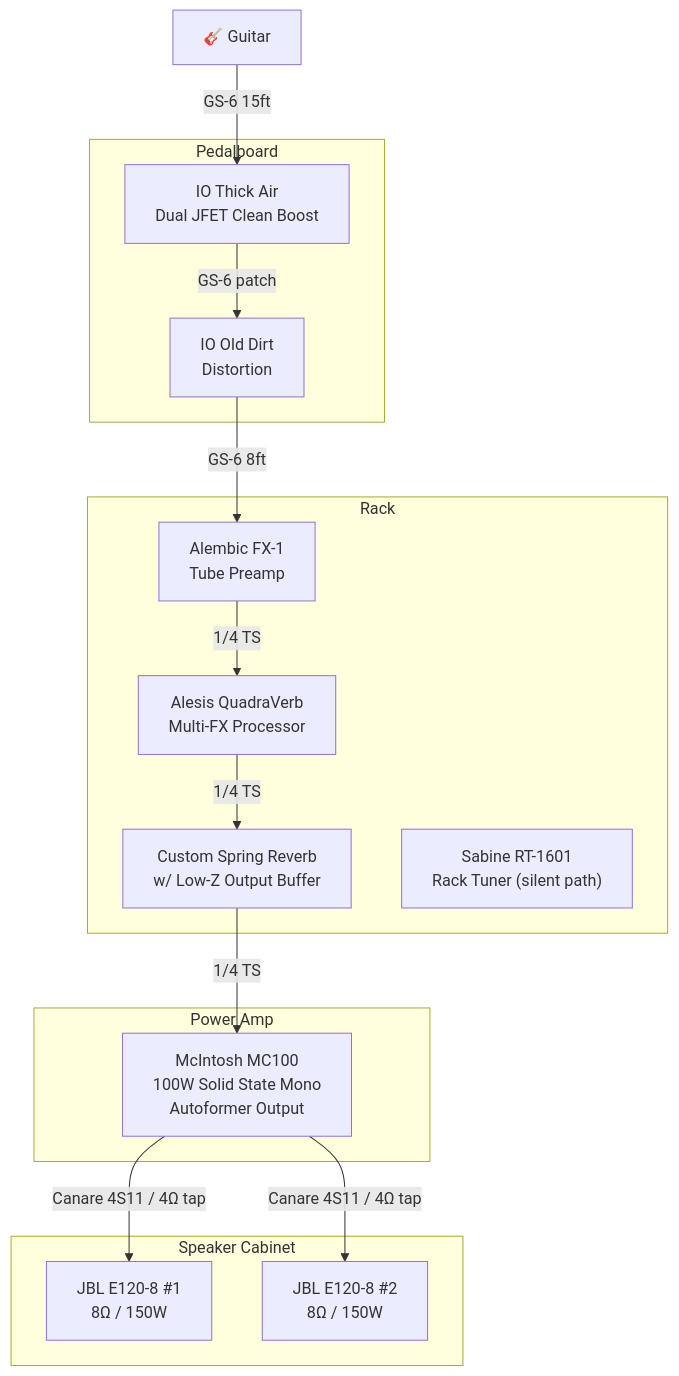
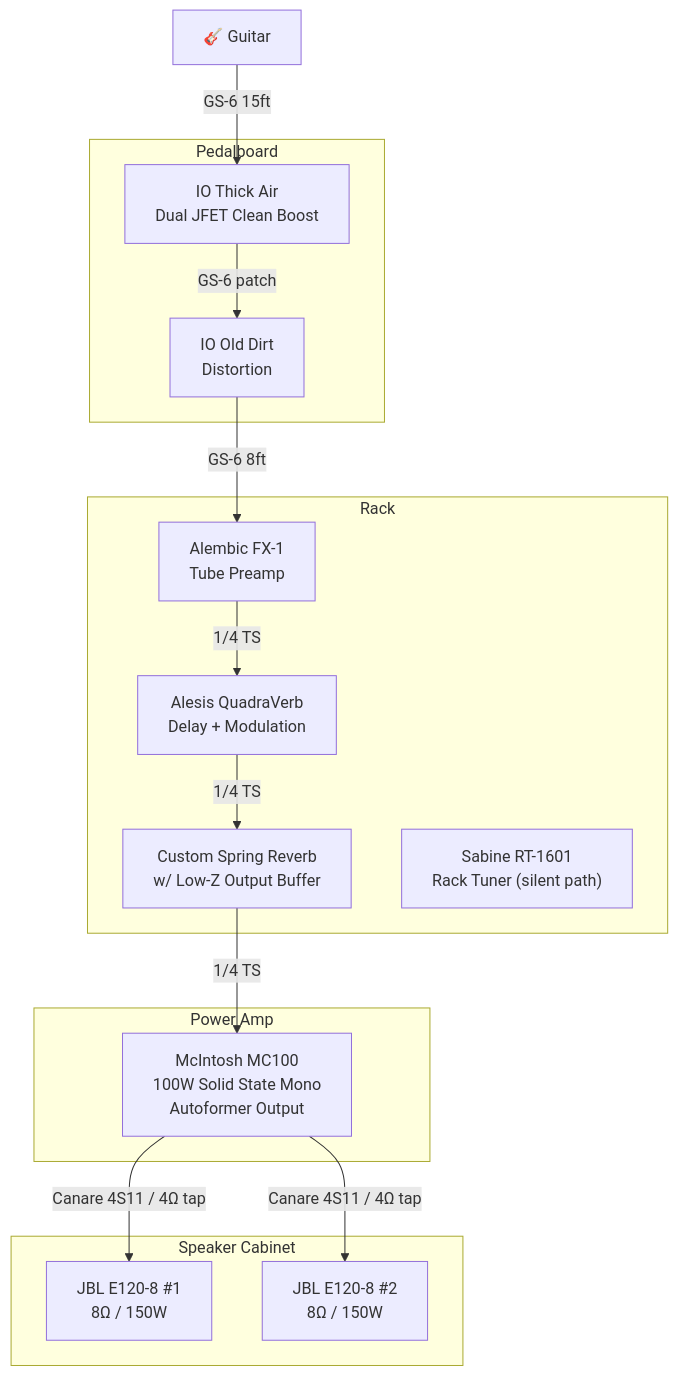
One commit to bingeboy/le-ton-juste changed the first of 2 diagrams in chain.md. Above: the diagram before and after it, drawn with Mermaid. The commit also changed other lines of this file and 2 other files, not shown here.

Commit message:
Ghost Spring reverb tank redesign: transformer-coupled, 9AB3C1B 3-spring tank, OPA2134 op-amps, post-recovery HPF
- Renamed to Ghost Spring — transformer-coupled single spring reverb unit
- 9AB3C1B 3-spring tank (closest to original Fender 6G15)
- REB3S driver transformer for organic bloom character
- OPA2134 FET-input op-amps throughout (input buffer, recovery, output buffer)
- BD139 discrete driver transistor for transformer stage
- Post-recovery 300Hz HPF ('Bloom' filter) preserves attack thump, cleans tails
- Bright cap (47-100pF silver mica) on Mix pot for glassy high-end at low mix settings
- Updated BOM with specific components and revised cost estimate (~-250)

````diff
--- a/chain.md
+++ b/chain.md
@@ -5,34 +5,34 @@
 ```mermaid
 flowchart TD
   G["🎸 Guitar"]
 
   subgraph PEDALBOARD["Pedalboard"]
     TA["IO Thick Air<br/>Dual JFET Clean Boost"]
     DIRT["IO Old Dirt<br/>Distortion"]
   end
 
   subgraph RACK["Rack"]
     PRE["Alembic FX-1<br/>Tube Preamp"]
-    QV["Alesis QuadraVerb<br/>Multi-FX Processor"]
+    QV["Alesis QuadraVerb<br/>Delay + Modulation"]
     REV["Custom Spring Reverb<br/>w/ Low-Z Output Buffer"]
     TUNER["Sabine RT-1601<br/>Rack Tuner (silent path)"]
   end
 
   subgraph AMP["Power Amp"]
     MC["McIntosh MC100<br/>100W Solid State Mono<br/>Autoformer Output"]
   end
 
   subgraph CABINET["Speaker Cabinet"]
     SP1["JBL E120-8 #1<br/>8Ω / 150W"]
     SP2["JBL E120-8 #2<br/>8Ω / 150W"]
   end
 
   G -->|"GS-6 15ft"| TA
   TA -->|"GS-6 patch"| DIRT
   DIRT -->|"GS-6 8ft"| PRE
   PRE -->|"1/4 TS"| QV
   QV -->|"1/4 TS"| REV
   REV -->|"1/4 TS"| MC
   MC -->|"Canare 4S11 / 4Ω tap"| SP1
   MC -->|"Canare 4S11 / 4Ω tap"| SP2
 ```
````
